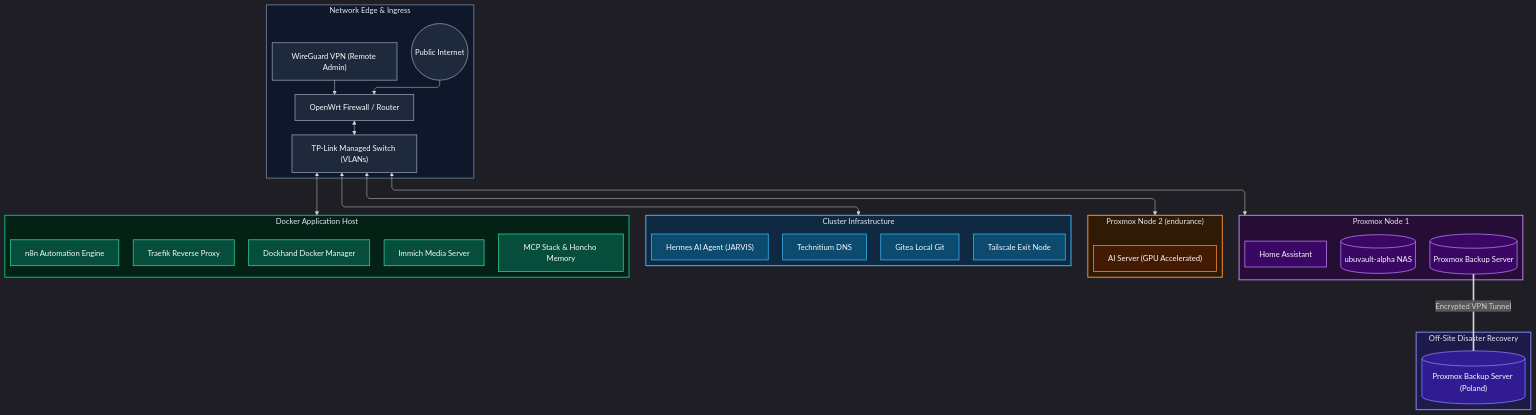
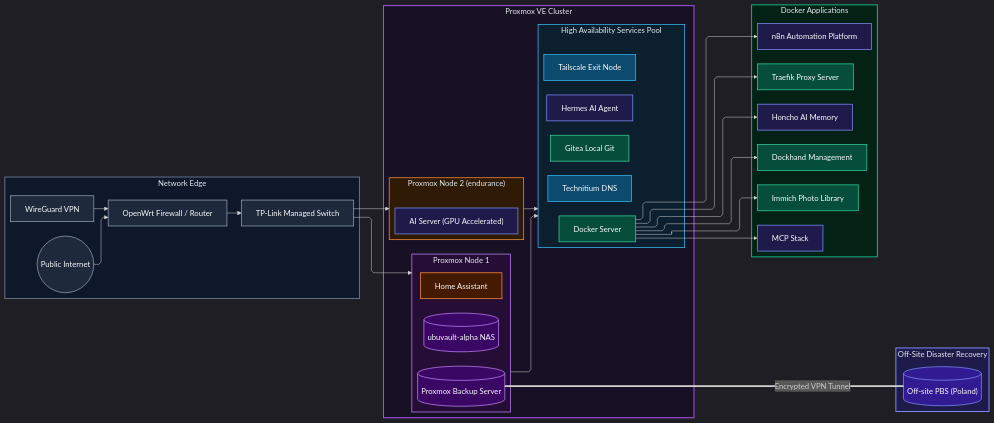
Before and after one commit to M0zzi3/homelab: the diagram in README.md, drawn with Mermaid. The commit also changed 1 other file, not shown here.

Commit message:
docs: restructure overview diagram to LR layout with dedicated nodes and shared HA pool

````diff
--- a/README.md
+++ b/README.md
@@ -14,78 +14,91 @@
   flowchart:
     curve: linear
 ---
-flowchart TD
-    %% Top Tier: Network Edge & Gateway
-    subgraph Edge ["Network Edge & Ingress"]
-        Internet(("Public Internet"))
-        WireGuard["WireGuard VPN (Remote Admin)"]
-        OpenWrt["OpenWrt Firewall / Router"]
-        Switch["TP-Link Managed Switch (VLANs)"]
-
-        Internet --> OpenWrt
-        WireGuard --> OpenWrt
-        OpenWrt <--> Switch
+flowchart LR
+    %% Network Edge & Ingress
+    subgraph NetworkEdge ["Network Edge"]
+        Internet(("Public Internet")) --> OpenWrt["OpenWrt Firewall / Router"]
+        WireGuard["WireGuard VPN"] --> OpenWrt
+        OpenWrt --> Switch["TP-Link Managed Switch"]
     end
 
-    %% Tier 2: 4 Clean Side-by-Side Architectural Columns
-    subgraph Node1 ["Proxmox Node 1"]
-        LocalPBS[("Proxmox Backup Server")]
-        NAS[("ubuvault-alpha NAS")]
-        HomeAssistant["Home Assistant"]
+    %% Proxmox VE Cluster
+    subgraph ProxmoxCluster ["Proxmox VE Cluster"]
+        subgraph Node1 ["Proxmox Node 1"]
+            PBS[("Proxmox Backup Server")]
+            NAS[("ubuvault-alpha NAS")]
+            HA["Home Assistant"]
+        end
+
+        subgraph Node2 ["Proxmox Node 2 (endurance)"]
+            AIServer["AI Server (GPU Accelerated)"]
+        end
+
+        subgraph HAServices ["High Availability Services Pool"]
+            DockerServer["Docker Server"]
+            Technitium["Technitium DNS"]
+            Gitea["Gitea Local Git"]
+            Hermes["Hermes AI Agent"]
+            Tailscale["Tailscale Exit Node"]
+        end
     end
 
-    subgraph Node2 ["Proxmox Node 2 (endurance)"]
-        AIServer["AI Server (GPU Accelerated)"]
+    %% Docker Platform Applications
+    subgraph DockerApps ["Docker Applications"]
+        Traefik["Traefik Proxy Server"]
+        Dockhand["Dockhand Management"]
+        n8n["n8n Automation Platform"]
+        Immich["Immich Photo Library"]
+        MCP["MCP Stack"]
+        Honcho["Honcho AI Memory"]
     end
 
-    subgraph CoreInfra ["Cluster Infrastructure"]
-        Technitium["Technitium DNS"]
-        Gitea["Gitea Local Git"]
-        Hermes["Hermes AI Agent (JARVIS)"]
-        Tailscale["Tailscale Exit Node"]
+    %% Off-Site Disaster Recovery
+    subgraph Offsite ["Off-Site Disaster Recovery"]
+        PolandPBS[("Off-site PBS (Poland)")]
     end
 
-    subgraph DockerVM ["Docker Application Host"]
-        Traefik["Traefik Reverse Proxy"]
-        Dockhand["Dockhand Docker Manager"]
-        n8n["n8n Automation Engine"]
-        Immich["Immich Media Server"]
-        MCPHoncho["MCP Stack & Honcho Memory"]
-    end
+    %% Ingress to Compute Nodes
+    Switch --> Node1
+    Switch --> Node2
 
-    %% Disaster Recovery Tier
-    subgraph Offsite ["Off-Site Disaster Recovery"]
-        PolandPBS[("Proxmox Backup Server (Poland)")]
-    end
+    %% Nodes feed shared HA Services Pool
+    Node1 --> HAServices
+    Node2 --> HAServices
 
-    %% Network downlinks from switch
-    Switch <--> Node1
-    Switch <--> Node2
-    Switch <--> CoreInfra
-    Switch <--> DockerVM
+    %% Docker Container Stacks
+    DockerServer --> Traefik
+    DockerServer --> Dockhand
+    DockerServer --> n8n
+    DockerServer --> Immich
+    DockerServer --> MCP
+    DockerServer --> Honcho
 
-    %% Off-site backup link
-    LocalPBS ===|"Encrypted VPN Tunnel"| PolandPBS
+    %% Off-site Disaster Recovery Link
+    PBS ===|"Encrypted VPN Tunnel"| PolandPBS
 
     %% Styling & Color Coding (Dark Theme)
-    style Edge fill:#0f172a,stroke:#64748b,stroke-width:2px,color:#e2e8f0;
-    style Node1 fill:#260d36,stroke:#c084fc,stroke-width:2px,color:#e2e8f0;
-    style Node2 fill:#2e1a05,stroke:#fb923c,stroke-width:2px,color:#e2e8f0;
-    style CoreInfra fill:#0f2942,stroke:#38bdf8,stroke-width:2px,color:#e2e8f0;
-    style DockerVM fill:#042116,stroke:#10b981,stroke-width:2px,color:#e2e8f0;
+    style NetworkEdge fill:#0f172a,stroke:#64748b,stroke-width:2px,color:#e2e8f0;
+    style ProxmoxCluster fill:#181024,stroke:#a855f7,stroke-width:2px,color:#e2e8f0;
+    style Node1 fill:#260d36,stroke:#c084fc,stroke-width:1.5px,color:#e2e8f0;
+    style Node2 fill:#2e1a05,stroke:#fb923c,stroke-width:1.5px,color:#e2e8f0;
+    style HAServices fill:#0c1f2e,stroke:#38bdf8,stroke-width:1.5px,color:#e2e8f0;
+    style DockerApps fill:#042116,stroke:#10b981,stroke-width:2px,color:#e2e8f0;
     style Offsite fill:#1e1b4b,stroke:#818cf8,stroke-width:2px,color:#e2e8f0;
 
     classDef edgeNode fill:#1e293b,stroke:#94a3b8,stroke-width:1.5px,color:#f8fafc;
     classDef storageNode fill:#3b0764,stroke:#c084fc,stroke-width:1.5px,color:#f8fafc;
     classDef computeNode fill:#451a03,stroke:#fb923c,stroke-width:1.5px,color:#f8fafc;
+    classDef aiNode fill:#1e1b4b,stroke:#818cf8,stroke-width:1.5px,color:#f8fafc;
     classDef netNode fill:#0c4a6e,stroke:#38bdf8,stroke-width:1.5px,color:#f8fafc;
     classDef dockerNode fill:#064e3b,stroke:#34d399,stroke-width:1.5px,color:#f8fafc;
     classDef offsiteNode fill:#311b92,stroke:#818cf8,stroke-width:1.5px,color:#f8fafc;
 
     class Internet,WireGuard,OpenWrt,Switch edgeNode;
-    class LocalPBS,NAS,HomeAssistant storageNode;
-    class AIServer computeNode;
-    class Technitium,Gitea,Hermes,Tailscale netNode;
-    class Traefik,Dockhand,n8n,Immich,MCPHoncho dockerNode;
+    class PBS,NAS storageNode;
+    class HA computeNode;
+    class AIServer,Hermes,MCP,Honcho,n8n aiNode;
+    class Technitium,Tailscale netNode;
+    class DockerServer,Traefik,Dockhand,Immich,Gitea dockerNode;
     class PolandPBS offsiteNode;
 ```
````
